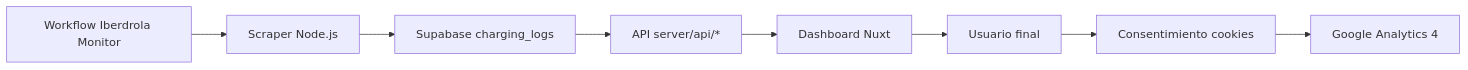
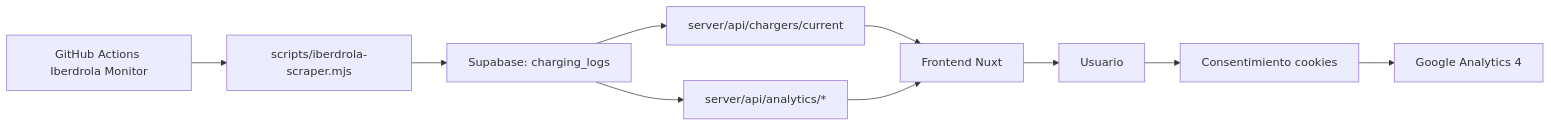
One commit to melenas1414/Estado-cargadores-del-ayuntamiento-de-Aspe changed the diagram in README.md. Above: the diagram before and after it, drawn with Mermaid. The commit also changed other lines of this file, not shown here.

````diff
--- a/README.md
+++ b/README.md
@@ -128,10 +59,12 @@
 ```mermaid
 flowchart LR
-  A[Workflow Iberdrola Monitor] --> B[Scraper Node.js]
-  B --> C[Supabase charging_logs]
-  C --> D[API server/api/*]
-  D --> E[Dashboard Nuxt]
-  E --> F[Usuario final]
-  F --> G[Consentimiento cookies]
-  G --> H[Google Analytics 4]
+  A[GitHub Actions Iberdrola Monitor] --> B[scripts/iberdrola-scraper.mjs]
+  B --> C[Supabase: charging_logs]
+  C --> D[server/api/chargers/current]
+  C --> E[server/api/analytics/*]
+  D --> F[Frontend Nuxt]
+  E --> F
+  F --> G[Usuario]
+  G --> H[Consentimiento cookies]
+  H --> I[Google Analytics 4]
 ```
````
